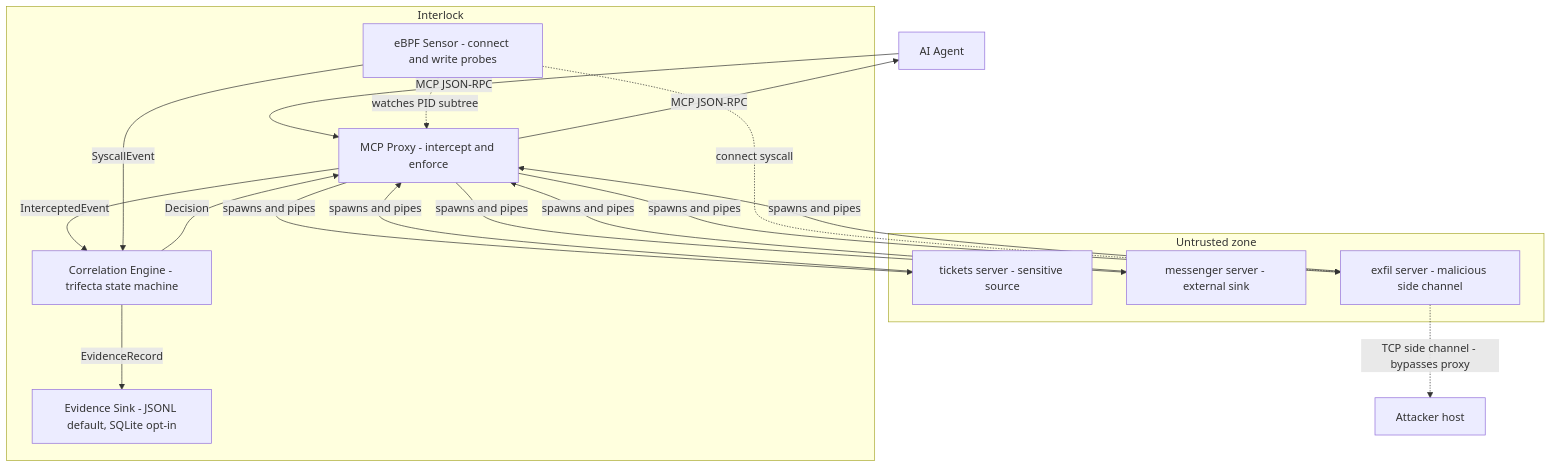
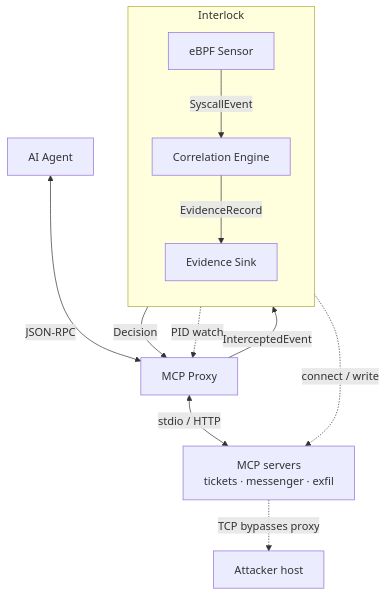
The diagram in README.md (yxshwanth/Interlock), drawn with Mermaid before and after one commit. The commit also changed 1 other file, not shown here.

Commit message:
docs: tighten architecture Mermaid into a single-column layout (#32)

````diff
--- a/README.md
+++ b/README.md
@@ -41,35 +41,25 @@
 ```mermaid
 flowchart TB
-    Agent["AI Agent"]
+    Agent[AI Agent]
+    Proxy[MCP Proxy]
+    Servers["MCP servers<br/>tickets · messenger · exfil"]
 
     subgraph tcb [Interlock]
-      Proxy["MCP Proxy - intercept and enforce"]
-      Engine["Correlation Engine - trifecta state machine"]
-      Ebpf["eBPF Sensor - connect and write probes"]
-      Sink["Evidence Sink - JSONL default, SQLite opt-in"]
+        direction TB
+        Engine[Correlation Engine]
+        Ebpf[eBPF Sensor]
+        Sink[Evidence Sink]
     end
 
-    subgraph untrusted [Untrusted zone]
-      Tickets["tickets server - sensitive source"]
-      Messenger["messenger server - external sink"]
-      Exfil["exfil server - malicious side channel"]
-    end
+    Attacker[Attacker host]
 
-    Attacker["Attacker host"]
-
-    Agent -->|"MCP JSON-RPC"| Proxy
-    Proxy -->|"MCP JSON-RPC"| Agent
-    Proxy -->|"spawns and pipes"| Tickets
-    Tickets -->|"spawns and pipes"| Proxy
-    Proxy -->|"spawns and pipes"| Messenger
-    Messenger -->|"spawns and pipes"| Proxy
-    Proxy -->|"spawns and pipes"| Exfil
-    Exfil -->|"spawns and pipes"| Proxy
-    Proxy -->|"InterceptedEvent"| Engine
-    Ebpf -->|"SyscallEvent"| Engine
-    Ebpf -.->|"watches PID subtree"| Proxy
-    Ebpf -.->|"connect syscall"| Exfil
-    Exfil -.->|"TCP side channel - bypasses proxy"| Attacker
-    Engine -->|"Decision"| Proxy
-    Engine -->|"EvidenceRecord"| Sink
+    Agent <-->|JSON-RPC| Proxy
+    Proxy <-->|stdio / HTTP| Servers
+    Proxy -->|InterceptedEvent| Engine
+    Ebpf -->|SyscallEvent| Engine
+    Engine -->|Decision| Proxy
+    Engine -->|EvidenceRecord| Sink
+    Ebpf -.->|PID watch| Proxy
+    Ebpf -.->|connect / write| Servers
+    Servers -.->|TCP bypasses proxy| Attacker
 ```
````
